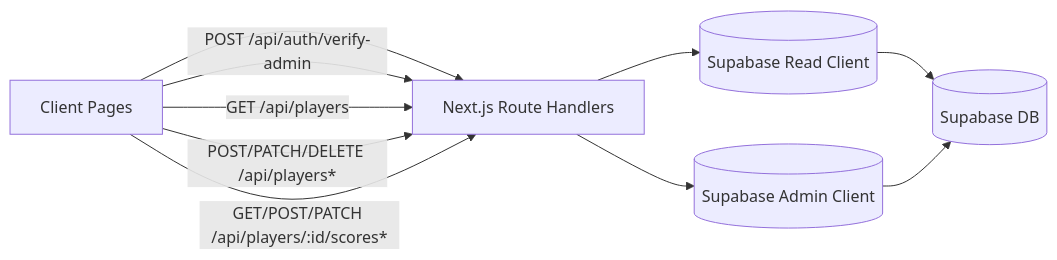
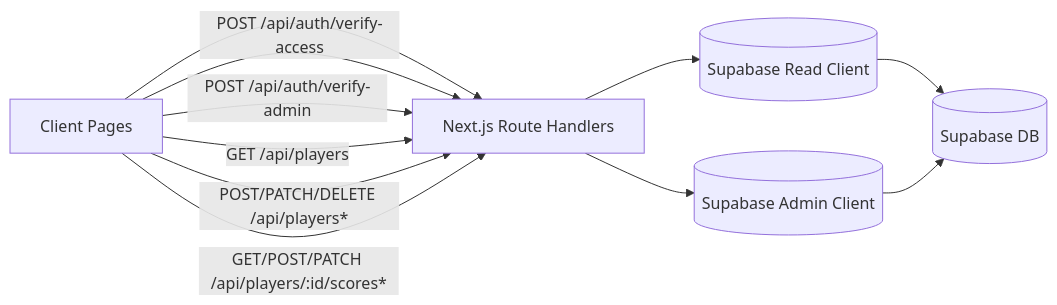
The second of 3 diagrams in README.md (abimanyu2515/cricscore), drawn with Mermaid before and after one commit. The commit also changed other lines of this file and 15 other files, not shown here.

````diff
--- a/README.md
+++ b/README.md
@@ -36,13 +51,14 @@
 ```mermaid
 flowchart LR
   UI[Client Pages] --> API[Next.js Route Handlers]
   API --> R[(Supabase Read Client)]
   API --> W[(Supabase Admin Client)]
   R --> DB[(Supabase DB)]
   W --> DB
 
+  UI -->|POST /api/auth/verify-access| API
   UI -->|POST /api/auth/verify-admin| API
   UI -->|GET /api/players| API
   UI -->|POST/PATCH/DELETE /api/players*| API
   UI -->|GET/POST/PATCH /api/players/:id/scores*| API
 ```
````
